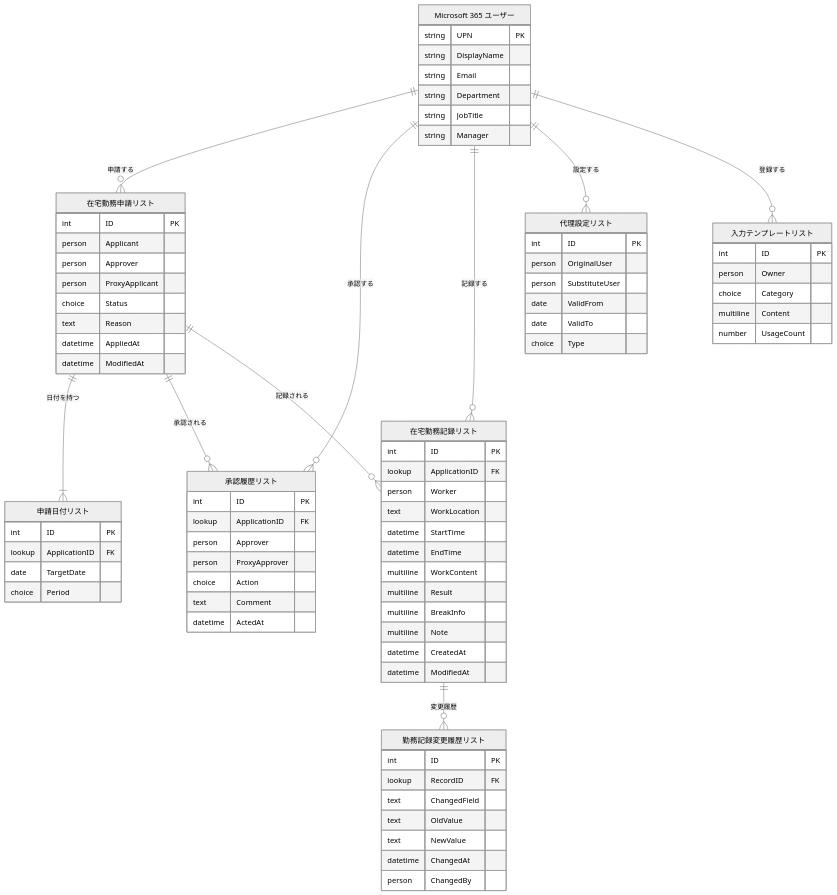
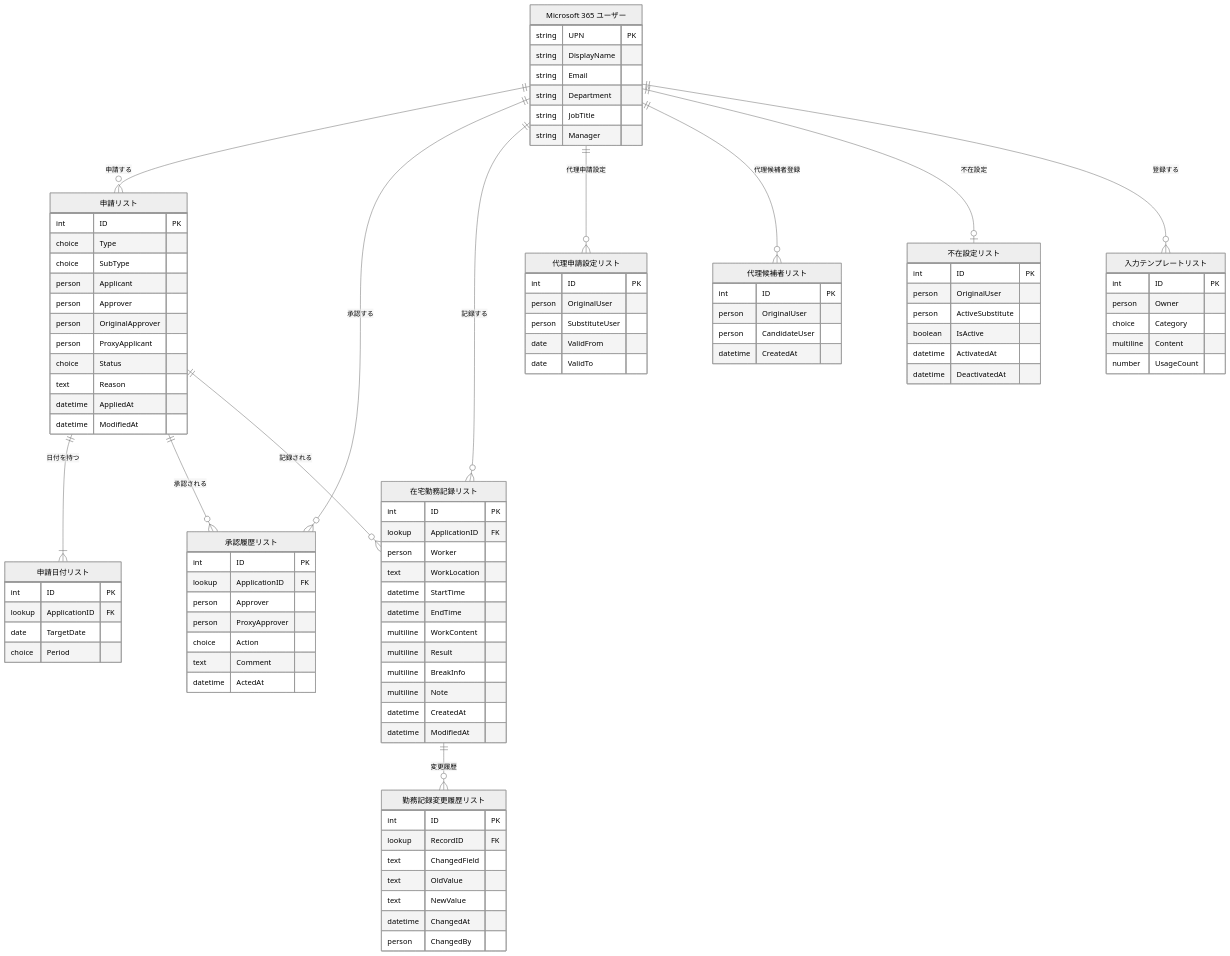
Diagram 16 of 19 in remote_flow/spec.md (ctenopoma/Memo), drawn with Mermaid (neutral theme) before and after one commit. The commit also changed other lines of this file and 1 other file, not shown here.

Commit message:
Refactor existing business flow documentation to include various work-related applications and streamline the approval process. Added reminders for overtime applications and updated sequence diagrams accordingly.

```diff
--- a/remote_flow/spec.md
+++ b/remote_flow/spec.md
@@ -153,10 +557,13 @@
         string JobTitle
         string Manager
     }
-    APPLICATION["在宅勤務申請リスト"] {
+    APPLICATION["申請リスト"] {
         int ID PK
+        choice Type
+        choice SubType
         person Applicant
         person Approver
+        person OriginalApprover
         person ProxyApplicant
         choice Status
         text Reason
@@ -201,13 +608,26 @@
         datetime ChangedAt
         person ChangedBy
     }
-    SUBSTITUTE_SETTING["代理設定リスト"] {
+    SUBSTITUTE_SETTING["代理申請設定リスト"] {
         int ID PK
         person OriginalUser
         person SubstituteUser
         date ValidFrom
         date ValidTo
-        choice Type
+    }
+    SUBSTITUTE_CANDIDATE["代理候補者リスト"] {
+        int ID PK
+        person OriginalUser
+        person CandidateUser
+        datetime CreatedAt
+    }
+    ABSENCE_SETTING["不在設定リスト"] {
+        int ID PK
+        person OriginalUser
+        person ActiveSubstitute
+        boolean IsActive
+        datetime ActivatedAt
+        datetime DeactivatedAt
     }
     TEMPLATE["入力テンプレートリスト"] {
         int ID PK
@@ -220,7 +640,9 @@
     M365_USER ||--o{ APPLICATION : "申請する"
     M365_USER ||--o{ APPROVAL : "承認する"
     M365_USER ||--o{ WORK_RECORD : "記録する"
-    M365_USER ||--o{ SUBSTITUTE_SETTING : "設定する"
+    M365_USER ||--o{ SUBSTITUTE_SETTING : "代理申請設定"
+    M365_USER ||--o{ SUBSTITUTE_CANDIDATE : "代理候補者登録"
+    M365_USER ||--o| ABSENCE_SETTING : "不在設定"
     M365_USER ||--o{ TEMPLATE : "登録する"
     APPLICATION ||--|{ APPLICATION_DATE : "日付を持つ"
     APPLICATION ||--o{ APPROVAL : "承認される"
```
